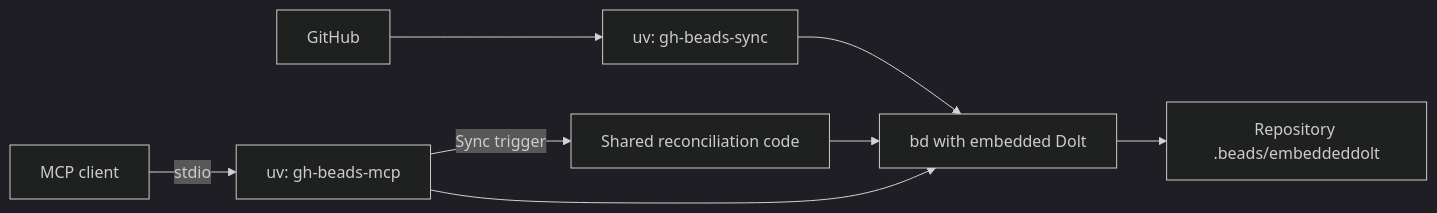
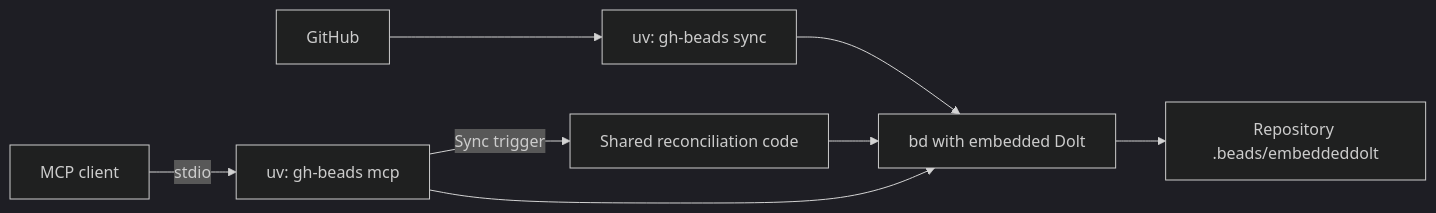
The diagram in docs/local.md (juftin/gh-beads), drawn with Mermaid (dark theme) before and after one commit. The commit also changed other lines of this file and 42 other files, not shown here.

````diff
--- a/docs/local.md
+++ b/docs/local.md
@@ -5,10 +5,10 @@
 ```mermaid
 flowchart LR
-    GitHub[GitHub] --> Poller[uv: gh-beads-sync]
-    Agent[MCP client] -->|stdio| MCP[uv: gh-beads-mcp]
+    GitHub[GitHub] --> Poller[uv: gh-beads sync]
+    Agent[MCP client] -->|stdio| MCP[uv: gh-beads mcp]
     MCP -->|Sync trigger| Reconcile[Shared reconciliation code]
     Poller --> BD[bd with embedded Dolt]
     Reconcile --> BD
     MCP --> BD
     BD --> Disk[Repository .beads/embeddeddolt]
 ```
````
